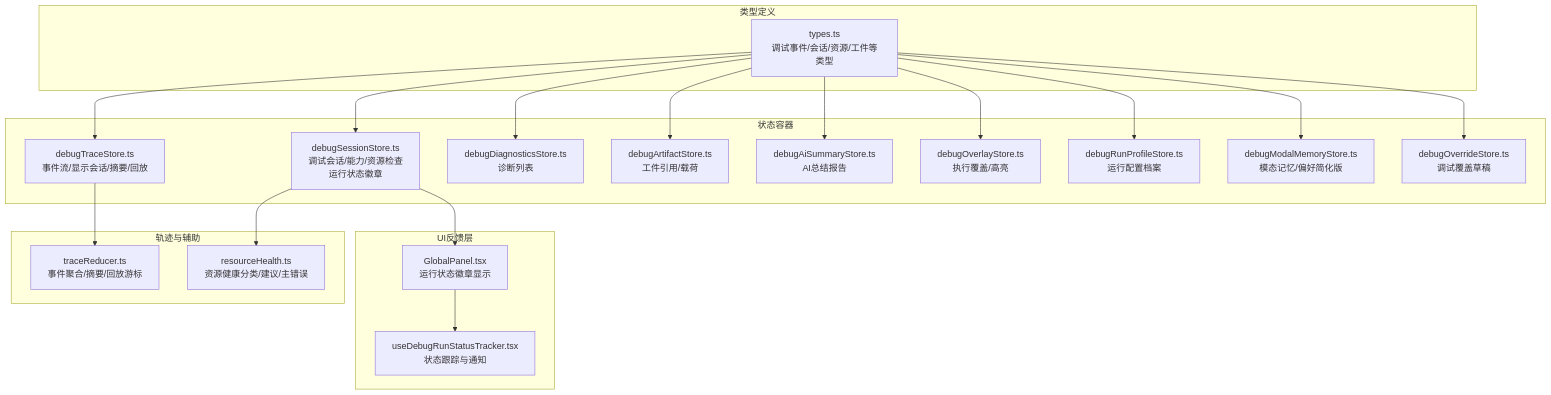
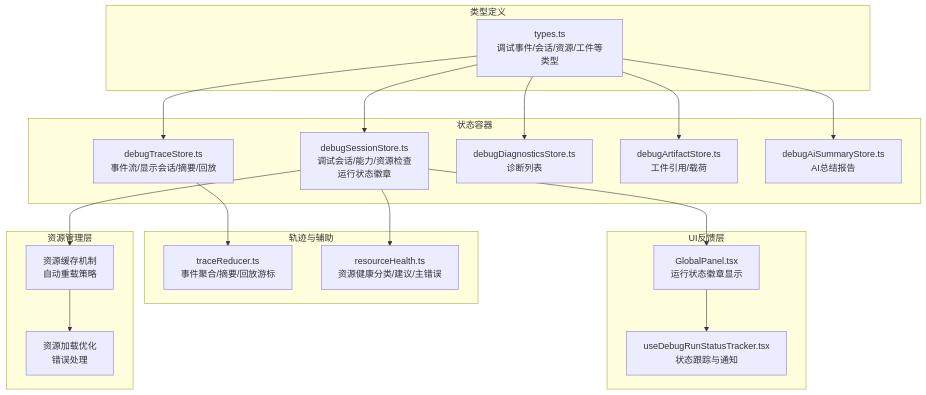
One commit to kqcoxn/MaaPipelineEditor changed the first of 9 diagrams in .qoder/repowiki/zh/content/前端架构/状态管理系统/调试状态管理.md. Above: the diagram before and after it, drawn with Mermaid. The commit also changed other lines of this file and 25 other files, not shown here.

````diff
--- a/.qoder/repowiki/zh/content/前端架构/状态管理系统/调试状态管理.md
+++ b/.qoder/repowiki/zh/content/前端架构/状态管理系统/调试状态管理.md
@@ -58,38 +60,36 @@
 ```mermaid
 graph TB
 subgraph "类型定义"
 T1["types.ts<br/>调试事件/会话/资源/工件等类型"]
 end
 subgraph "状态容器"
 S1["debugSessionStore.ts<br/>调试会话/能力/资源检查<br/>运行状态徽章"]
 S2["debugTraceStore.ts<br/>事件流/显示会话/摘要/回放"]
 S3["debugDiagnosticsStore.ts<br/>诊断列表"]
 S4["debugArtifactStore.ts<br/>工件引用/载荷"]
 S5["debugAiSummaryStore.ts<br/>AI总结报告"]
-S6["debugOverlayStore.ts<br/>执行覆盖/高亮"]
-S7["debugRunProfileStore.ts<br/>运行配置档案"]
-S8["debugModalMemoryStore.ts<br/>模态记忆/偏好简化版"]
-S9["debugOverrideStore.ts<br/>调试覆盖草稿"]
 end
 subgraph "UI反馈层"
 U1["GlobalPanel.tsx<br/>运行状态徽章显示"]
 U2["useDebugRunStatusTracker.tsx<br/>状态跟踪与通知"]
 end
 subgraph "轨迹与辅助"
 R1["traceReducer.ts<br/>事件聚合/摘要/回放游标"]
 R2["resourceHealth.ts<br/>资源健康分类/建议/主错误"]
 end
+subgraph "资源管理层"
+RL1["资源缓存机制<br/>自动重载策略"]
+RL2["资源加载优化<br/>错误处理"]
+end
 T1 --> S1
 T1 --> S2
 T1 --> S3
 T1 --> S4
 T1 --> S5
-T1 --> S6
-T1 --> S7
-T1 --> S8
-T1 --> S9
 S2 --> R1
 S1 --> R2
 S1 --> U1
 U1 --> U2
+S1 --> RL1
+RL1 --> RL2
 ```
````
